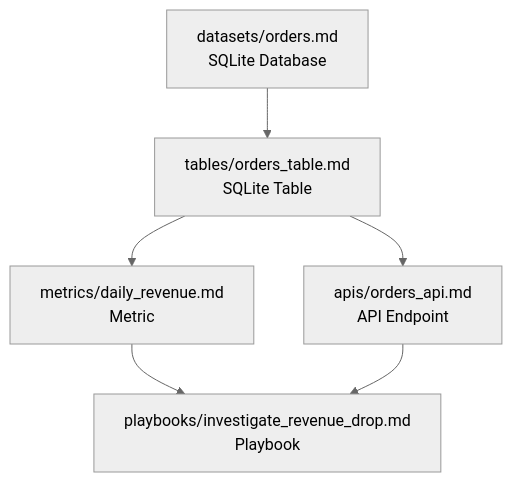
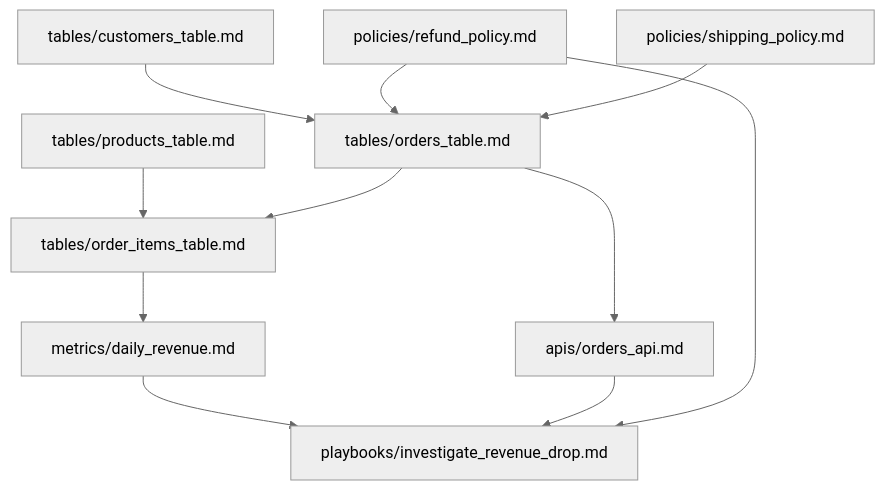
One commit to Adhishtanaka/okf-sample changed the second of 2 diagrams in README.md. Above: the diagram before and after it, drawn with Mermaid (neutral theme). The commit also changed other lines of this file and 16 other files, not shown here.

Commit message:
Refactor ecom.db schema: Introduce relational model with customers, products, orders, and order_items; update API endpoints and documentation accordingly.

````diff
--- a/README.md
+++ b/README.md
@@ -44,9 +47,14 @@
 ```mermaid
 graph TD
-    Dataset["datasets/orders.md\nSQLite Database"] --> Table
-    Table["tables/orders_table.md\nSQLite Table"] --> Metric
-    Table --> Api
-    Metric["metrics/daily_revenue.md\nMetric"] --> Playbook
-    Api["apis/orders_api.md\nAPI Endpoint"] --> Playbook
-    Playbook["playbooks/investigate_revenue_drop.md\nPlaybook"]
+    Customers["tables/customers_table.md"] --> Orders
+    Products["tables/products_table.md"] --> Items
+    Orders["tables/orders_table.md"] --> Items
+    Items["tables/order_items_table.md"] --> Metric
+    Orders --> Api
+    Metric["metrics/daily_revenue.md"] --> Playbook
+    Api["apis/orders_api.md"] --> Playbook
+    Refund["policies/refund_policy.md"] --> Playbook
+    Refund --> Orders
+    Shipping["policies/shipping_policy.md"] --> Orders
+    Playbook["playbooks/investigate_revenue_drop.md"]
 ```
````
